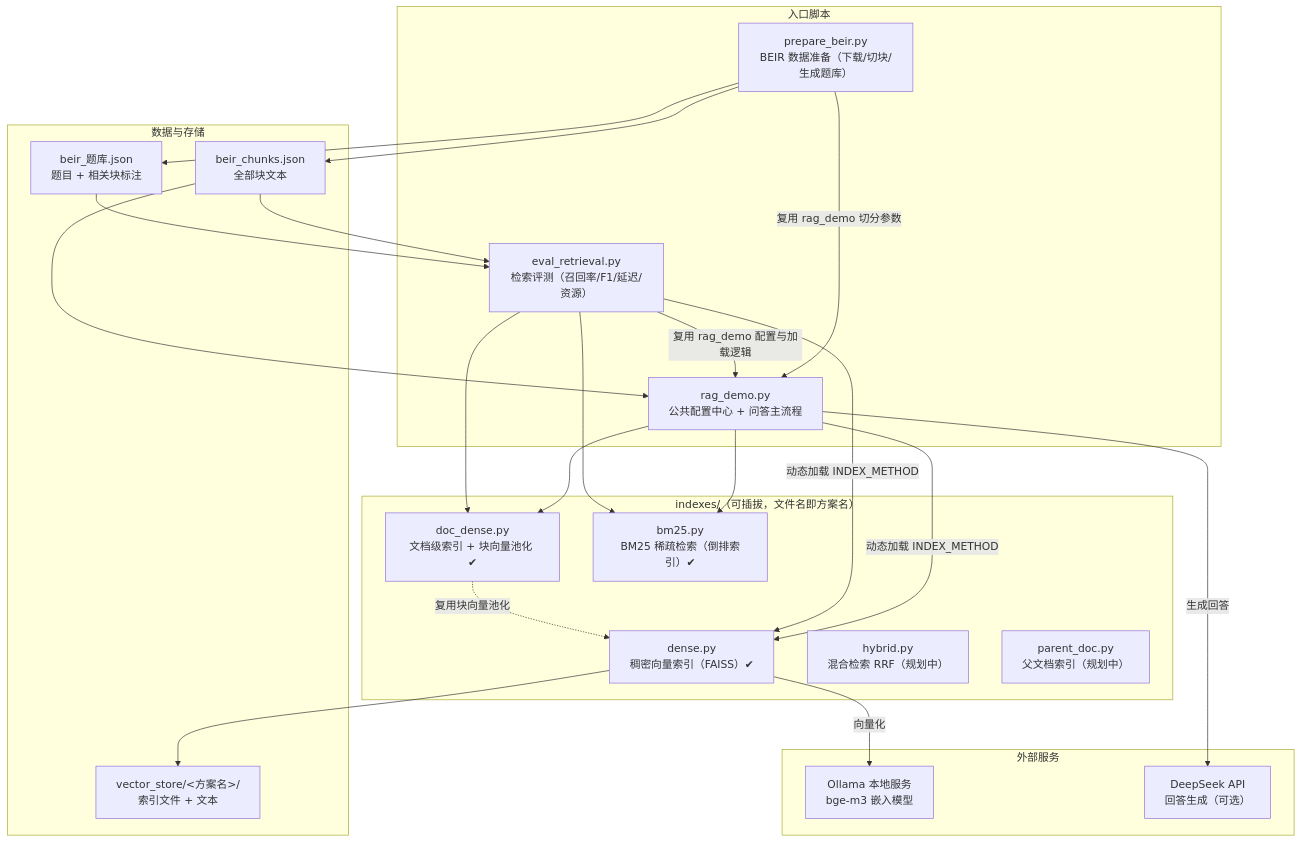
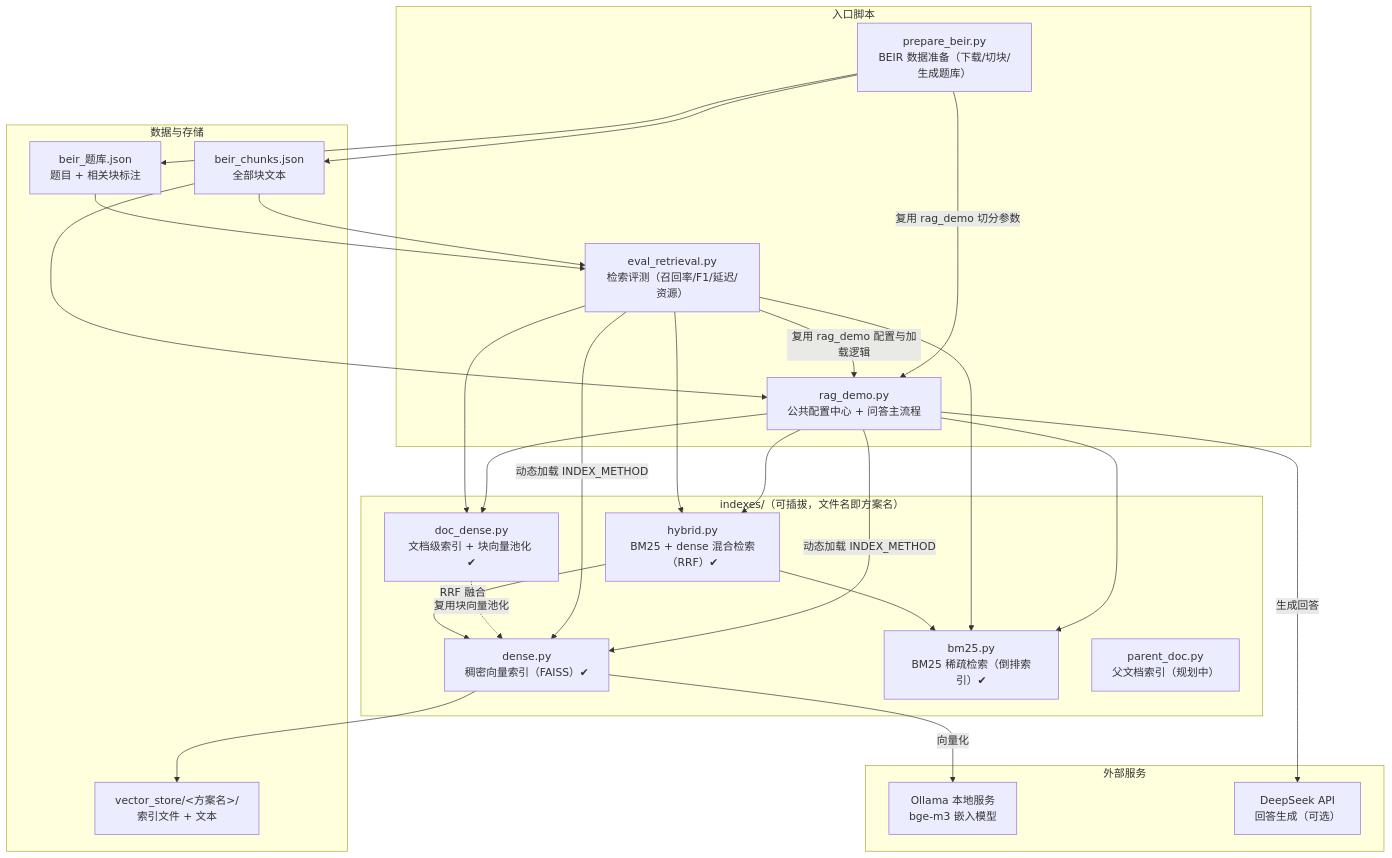
The first of 2 diagrams in README.md (energetictom4-sudo/rag-index-bench), drawn with Mermaid before and after one commit. The commit also changed other lines of this file and 3 other files, not shown here.

Commit message:
feat: 新增 hybrid 混合检索方案（BM25+dense 的 RRF 分数融合）+ BEIR 评测报告

````diff
--- a/README.md
+++ b/README.md
@@ -19,45 +19,49 @@
 ```mermaid
 graph TB
     subgraph 入口脚本
         RAG["rag_demo.py<br/>公共配置中心 + 问答主流程"]
         PREP["prepare_beir.py<br/>BEIR 数据准备（下载/切块/生成题库）"]
         EVAL["eval_retrieval.py<br/>检索评测（召回率/F1/延迟/资源）"]
     end
 
     subgraph 索引方案插件["indexes/（可插拔，文件名即方案名）"]
         IDX["dense.py<br/>稠密向量索引（FAISS）✔"]
         DOC["doc_dense.py<br/>文档级索引 + 块向量池化 ✔"]
         BM25["bm25.py<br/>BM25 稀疏检索（倒排索引）✔"]
-        HYB["hybrid.py<br/>混合检索 RRF（规划中）"]
+        HYB["hybrid.py<br/>BM25 + dense 混合检索（RRF）✔"]
         PAR["parent_doc.py<br/>父文档索引（规划中）"]
     end
 
     subgraph 外部服务
         OLLAMA["Ollama 本地服务<br/>bge-m3 嵌入模型"]
         DS["DeepSeek API<br/>回答生成（可选）"]
     end
 
     subgraph 数据与存储
         CHUNKS["beir_chunks.json<br/>全部块文本"]
         BANK["beir_题库.json<br/>题目 + 相关块标注"]
         STORE["vector_store/&lt;方案名&gt;/<br/>索引文件 + 文本"]
     end
 
     PREP -->|"复用 rag_demo 切分参数"| RAG
     PREP --> CHUNKS
     PREP --> BANK
     RAG -->|"动态加载 INDEX_METHOD"| IDX
     RAG --> DOC
     RAG --> BM25
+    RAG --> HYB
     EVAL -->|"复用 rag_demo 配置与加载逻辑"| RAG
     EVAL -->|"动态加载 INDEX_METHOD"| IDX
     EVAL --> DOC
     EVAL --> BM25
+    EVAL --> HYB
     IDX -->|"向量化"| OLLAMA
     DOC -.->|"复用块向量池化"| IDX
+    HYB -->|"RRF 融合"| IDX
+    HYB --> BM25
     RAG -->|"生成回答"| DS
     IDX --> STORE
     CHUNKS --> RAG
     CHUNKS --> EVAL
     BANK --> EVAL
 ```
````
